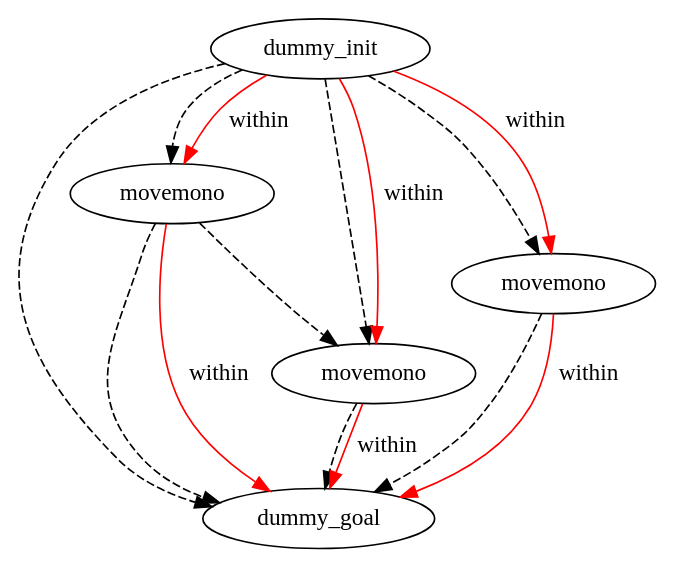
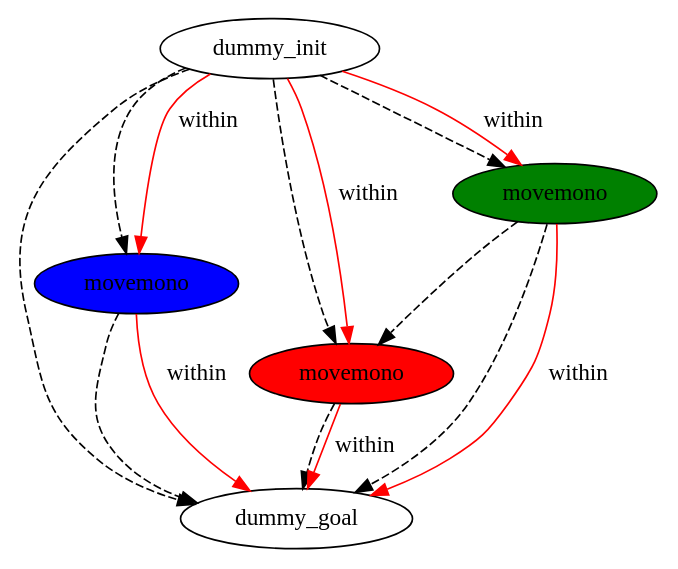
The diagram in plans/manipulation-domain/test_20_problem-plan_0.dot (PetervDooren/PyDPOCL), drawn with Graphviz before and after one commit. The commit also changed 582 other files, not shown here.

```diff
--- a/plans/manipulation-domain/test_20_problem-plan_0.dot
+++ b/plans/manipulation-domain/test_20_problem-plan_0.dot
@@ -1,21 +1,21 @@
 digraph {
-	"7672317d-5e3b-3441-9ef9-8613a8f90d8e" [label=dummy_init]
-	"aaf403ca-94d4-67b9-eaa0-f9a6b263f2ae" [label=dummy_goal]
-	"efebd2bc-b936-ff39-2c1c-0a753df1e70e" [label=movemono]
-	"09edd3b6-e6b3-9de4-8d3a-b986d29f222c" [label=movemono]
-	"c49bdcf1-1db0-81db-20e0-463dd1c3516e" [label=movemono]
-	"7672317d-5e3b-3441-9ef9-8613a8f90d8e" -> "09edd3b6-e6b3-9de4-8d3a-b986d29f222c" [color=black style=dashed]
-	"7672317d-5e3b-3441-9ef9-8613a8f90d8e" -> "efebd2bc-b936-ff39-2c1c-0a753df1e70e" [color=black style=dashed]
-	"7672317d-5e3b-3441-9ef9-8613a8f90d8e" -> "c49bdcf1-1db0-81db-20e0-463dd1c3516e" [color=black style=dashed]
-	"efebd2bc-b936-ff39-2c1c-0a753df1e70e" -> "09edd3b6-e6b3-9de4-8d3a-b986d29f222c" [color=black style=dashed]
-	"c49bdcf1-1db0-81db-20e0-463dd1c3516e" -> "aaf403ca-94d4-67b9-eaa0-f9a6b263f2ae" [color=black style=dashed]
-	"09edd3b6-e6b3-9de4-8d3a-b986d29f222c" -> "aaf403ca-94d4-67b9-eaa0-f9a6b263f2ae" [color=black style=dashed]
-	"efebd2bc-b936-ff39-2c1c-0a753df1e70e" -> "aaf403ca-94d4-67b9-eaa0-f9a6b263f2ae" [color=black style=dashed]
-	"7672317d-5e3b-3441-9ef9-8613a8f90d8e" -> "aaf403ca-94d4-67b9-eaa0-f9a6b263f2ae" [color=black style=dashed]
-	"c49bdcf1-1db0-81db-20e0-463dd1c3516e" -> "aaf403ca-94d4-67b9-eaa0-f9a6b263f2ae" [label=within color=red]
-	"7672317d-5e3b-3441-9ef9-8613a8f90d8e" -> "09edd3b6-e6b3-9de4-8d3a-b986d29f222c" [label=within color=red]
-	"efebd2bc-b936-ff39-2c1c-0a753df1e70e" -> "aaf403ca-94d4-67b9-eaa0-f9a6b263f2ae" [label=within color=red]
-	"7672317d-5e3b-3441-9ef9-8613a8f90d8e" -> "c49bdcf1-1db0-81db-20e0-463dd1c3516e" [label=within color=red]
-	"09edd3b6-e6b3-9de4-8d3a-b986d29f222c" -> "aaf403ca-94d4-67b9-eaa0-f9a6b263f2ae" [label=within color=red]
-	"7672317d-5e3b-3441-9ef9-8613a8f90d8e" -> "efebd2bc-b936-ff39-2c1c-0a753df1e70e" [label=within color=red]
+	"99d96906-17bc-399c-1613-5e13d9ea0055" [label=dummy_init fillcolor=white style=filled]
+	"fabb2364-a4be-4e4b-69e5-c6e1f48d4c8c" [label=dummy_goal fillcolor=white style=filled]
+	"d5d6ab99-2360-4ccf-4b2e-da84544d3500" [label=movemono fillcolor=blue style=filled]
+	"72636386-fe29-c9b2-a5fa-fc31111c3918" [label=movemono fillcolor=red style=filled]
+	"49d5deec-da6a-7c2e-ebc6-c400b2e7e413" [label=movemono fillcolor=green style=filled]
+	"d5d6ab99-2360-4ccf-4b2e-da84544d3500" -> "fabb2364-a4be-4e4b-69e5-c6e1f48d4c8c" [color=black style=dashed]
+	"49d5deec-da6a-7c2e-ebc6-c400b2e7e413" -> "72636386-fe29-c9b2-a5fa-fc31111c3918" [color=black style=dashed]
+	"72636386-fe29-c9b2-a5fa-fc31111c3918" -> "fabb2364-a4be-4e4b-69e5-c6e1f48d4c8c" [color=black style=dashed]
+	"99d96906-17bc-399c-1613-5e13d9ea0055" -> "49d5deec-da6a-7c2e-ebc6-c400b2e7e413" [color=black style=dashed]
+	"99d96906-17bc-399c-1613-5e13d9ea0055" -> "fabb2364-a4be-4e4b-69e5-c6e1f48d4c8c" [color=black style=dashed]
+	"49d5deec-da6a-7c2e-ebc6-c400b2e7e413" -> "fabb2364-a4be-4e4b-69e5-c6e1f48d4c8c" [color=black style=dashed]
+	"99d96906-17bc-399c-1613-5e13d9ea0055" -> "d5d6ab99-2360-4ccf-4b2e-da84544d3500" [color=black style=dashed]
+	"99d96906-17bc-399c-1613-5e13d9ea0055" -> "72636386-fe29-c9b2-a5fa-fc31111c3918" [color=black style=dashed]
+	"99d96906-17bc-399c-1613-5e13d9ea0055" -> "72636386-fe29-c9b2-a5fa-fc31111c3918" [label=within color=red]
+	"d5d6ab99-2360-4ccf-4b2e-da84544d3500" -> "fabb2364-a4be-4e4b-69e5-c6e1f48d4c8c" [label=within color=red]
+	"49d5deec-da6a-7c2e-ebc6-c400b2e7e413" -> "fabb2364-a4be-4e4b-69e5-c6e1f48d4c8c" [label=within color=red]
+	"99d96906-17bc-399c-1613-5e13d9ea0055" -> "49d5deec-da6a-7c2e-ebc6-c400b2e7e413" [label=within color=red]
+	"99d96906-17bc-399c-1613-5e13d9ea0055" -> "d5d6ab99-2360-4ccf-4b2e-da84544d3500" [label=within color=red]
+	"72636386-fe29-c9b2-a5fa-fc31111c3918" -> "fabb2364-a4be-4e4b-69e5-c6e1f48d4c8c" [label=within color=red]
 }
```
